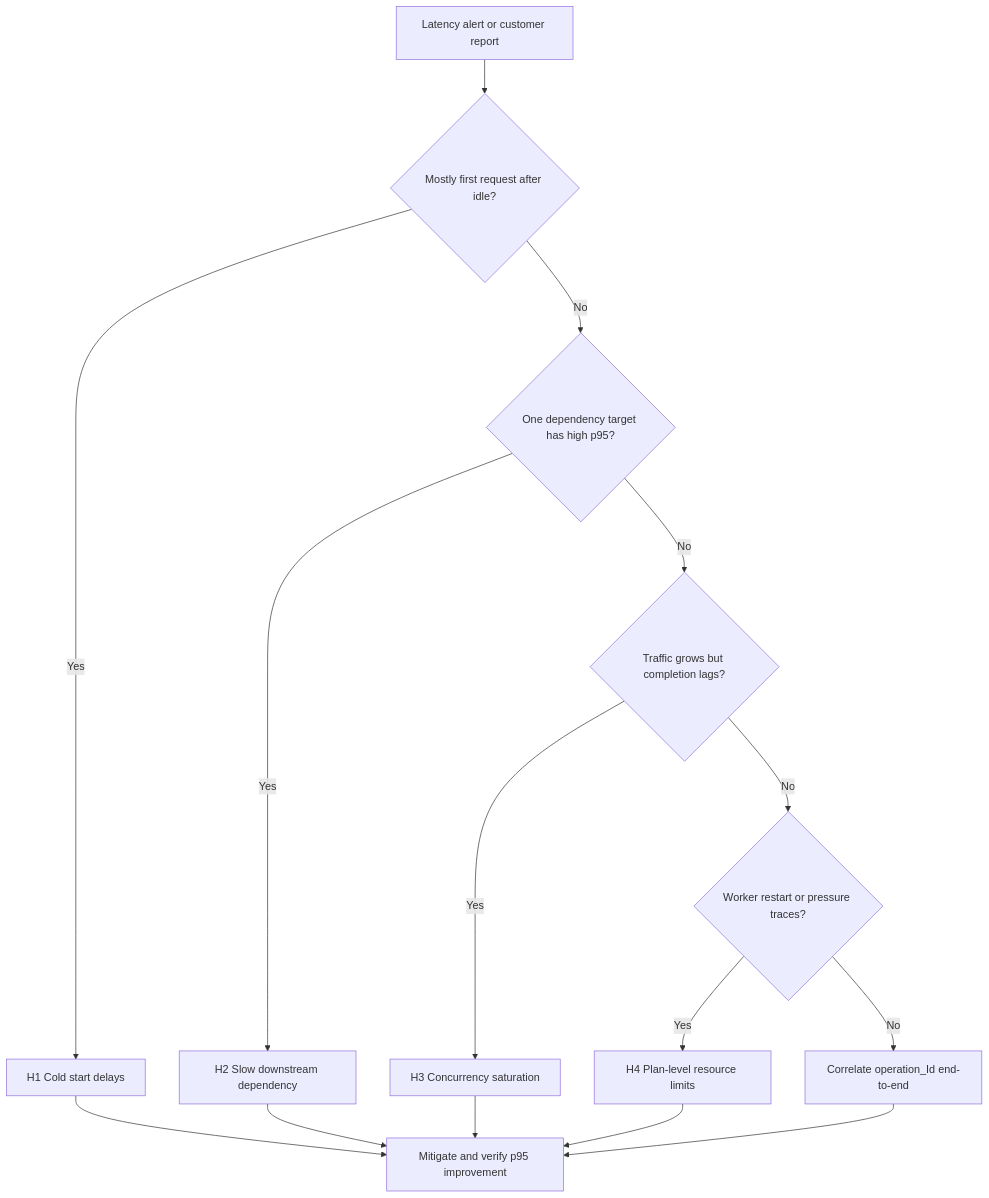
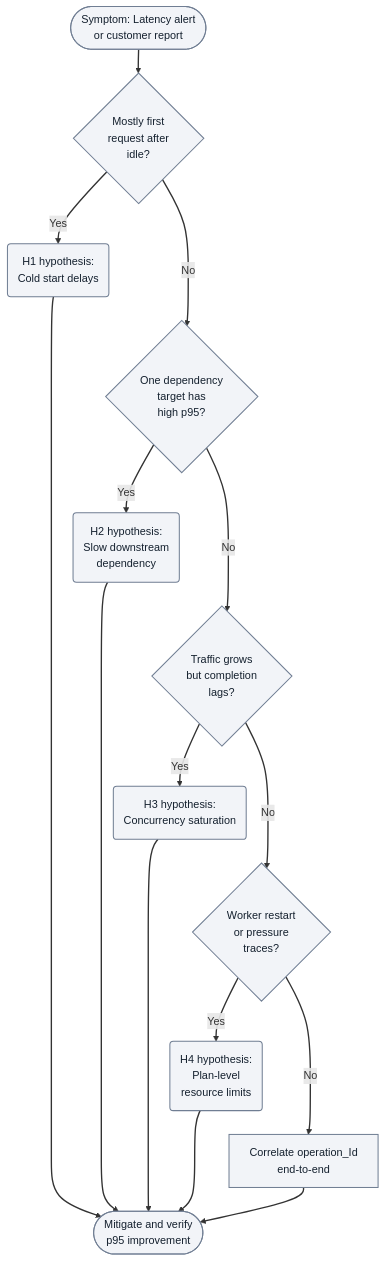
One commit to yeongseon/azure-functions-practical-guide changed the diagram in docs/troubleshooting/playbooks/high-latency.md. Above: the diagram before and after it, drawn with Mermaid. The commit also changed other lines of this file and 1 other file, not shown here.

Commit message:
docs(diagrams): migrate high-latency troubleshooting decision flow (#445)
* docs(diagrams): clarify high-latency diagnostic branches

Preserve every Yes/No path and the shared mitigation endpoint while wrapping
labels, distinguishing candidate hypotheses and adding accessible metadata.

Refs #271

* docs(diagrams): record high-latency migration progress

Refresh only the owned decision-flow record through the shared scanner helper.
Keep migration in progress because mobile text remains below the 12px target.

Refs #271

---------

````diff
--- a/docs/troubleshooting/playbooks/high-latency.md
+++ b/docs/troubleshooting/playbooks/high-latency.md
@@ -48,17 +48,28 @@
 ```mermaid
+%%{init: {'flowchart': {'nodeSpacing': 10, 'rankSpacing': 35}}}%%
 flowchart TD
-    A[Latency alert or customer report] --> B{Mostly first request after idle?}
-    B -->|Yes| H1[H1 Cold start delays]
-    B -->|No| C{One dependency target has high p95?}
-    C -->|Yes| H2[H2 Slow downstream dependency]
-    C -->|No| D{Traffic grows but completion lags?}
-    D -->|Yes| H3[H3 Concurrency saturation]
-    D -->|No| E{Worker restart or pressure traces?}
-    E -->|Yes| H4[H4 Plan-level resource limits]
-    E -->|No| F[Correlate operation_Id end-to-end]
-    H1 --> G[Mitigate and verify p95 improvement]
+    accTitle: High latency troubleshooting decision flow
+    accDescr: Illustrative triage, not a confirmed root-cause classifier. Mostly first requests after idle selects H1 cold start delays; otherwise high p95 for one dependency target selects H2 slow downstream dependency. Otherwise traffic growth with completion lag selects H3 concurrency saturation; otherwise worker restart or pressure traces selects H4 plan-level resource limits. The final No branch correlates operation_Id end-to-end. All four hypotheses and the correlation route converge on mitigation and verification of p95 improvement; use the evidence and disproof sections before attributing a cause.
+    A(["Symptom: Latency alert<br/>or customer report"]) --> B{"Mostly first<br/>request after<br/>idle?"}
+    B -->|Yes| H1("H1 hypothesis:<br/>Cold start delays")
+    B -->|No| C{"One dependency<br/>target has<br/>high p95?"}
+    C -->|Yes| H2("H2 hypothesis:<br/>Slow downstream<br/>dependency")
+    C -->|No| D{"Traffic grows<br/>but completion<br/>lags?"}
+    D -->|Yes| H3("H3 hypothesis:<br/>Concurrency saturation")
+    D -->|No| E{"Worker restart<br/>or pressure<br/>traces?"}
+    E -->|Yes| H4("H4 hypothesis:<br/>Plan-level<br/>resource limits")
+    E -->|No| F["Correlate operation_Id<br/>end-to-end"]
+    H1 --> G(["Mitigate and verify<br/>p95 improvement"])
     H2 --> G
     H3 --> G
     H4 --> G
     F --> G
+    %% Layout-only links tier candidates; they add no diagnostic steps or arrows.
+    H1 ~~~ C
+    H2 ~~~ D
+    H3 ~~~ E
+    H4 ~~~ F
+    classDef baseNeutral fill:#f2f4f8,stroke:#707e93,stroke-width:1.5px,color:#14202e;
+    class A,B,C,D,E,F,G,H1,H2,H3,H4 baseNeutral;
+    linkStyle default stroke-width:2px;
 ```
````
